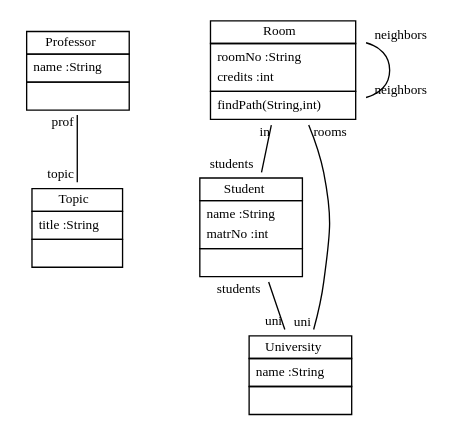
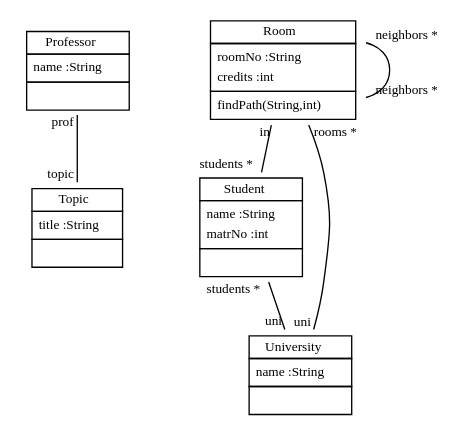
The diagram in doc/StudyRightReverseClassModel.dot (fujaba/SDMLib), drawn with Graphviz before and after one commit. The commit also changed other lines of this file and 48 other files, not shown here.

```diff
--- a/doc/StudyRightReverseClassModel.dot
+++ b/doc/StudyRightReverseClassModel.dot
@@ -1,20 +1,20 @@
 
  digraph ClassDiagram {
     node [shape = none, fontsize = 10]; 
     edge [fontsize = 10];
     
     
     _Professor [label=<<table border='0' cellborder='1' cellspacing='0'> <tr> <td HREF="../examples/org/sdmlib/examples/studyright/Professor.java">Professor</td> </tr> <tr><td><table border='0' cellborder='0' cellspacing='0'> <tr><td align='left'>name :String</td></tr>  </table></td></tr> <tr><td><table border='0' cellborder='0' cellspacing='0'> <tr><td> </td></tr> </table></td></tr> </table>>];
     _Topic [label=<<table border='0' cellborder='1' cellspacing='0'> <tr> <td HREF="../examples/org/sdmlib/examples/studyright/Topic.java">Topic</td> </tr> <tr><td><table border='0' cellborder='0' cellspacing='0'> <tr><td align='left'>title :String</td></tr>  </table></td></tr> <tr><td><table border='0' cellborder='0' cellspacing='0'> <tr><td> </td></tr> </table></td></tr> </table>>];
     _Room [label=<<table border='0' cellborder='1' cellspacing='0'> <tr> <td HREF="../examples/org/sdmlib/examples/studyright/Room.java">Room</td> </tr> <tr><td><table border='0' cellborder='0' cellspacing='0'> <tr><td align='left'>roomNo :String</td></tr> <tr><td align='left'>credits :int</td></tr>  </table></td></tr> <tr><td><table border='0' cellborder='0' cellspacing='0'> <tr><td align='left'>findPath(String,int)</td></tr>  </table></td></tr> </table>>];
     _Student [label=<<table border='0' cellborder='1' cellspacing='0'> <tr> <td HREF="../examples/org/sdmlib/examples/studyright/Student.java">Student</td> </tr> <tr><td><table border='0' cellborder='0' cellspacing='0'> <tr><td align='left'>name :String</td></tr> <tr><td align='left'>matrNo :int</td></tr>  </table></td></tr> <tr><td><table border='0' cellborder='0' cellspacing='0'> <tr><td> </td></tr> </table></td></tr> </table>>];
     _University [label=<<table border='0' cellborder='1' cellspacing='0'> <tr> <td HREF="../examples/org/sdmlib/examples/studyright/University.java">University</td> </tr> <tr><td><table border='0' cellborder='0' cellspacing='0'> <tr><td align='left'>name :String</td></tr>  </table></td></tr> <tr><td><table border='0' cellborder='0' cellspacing='0'> <tr><td> </td></tr> </table></td></tr> </table>>];
     
     
     
     _Professor -> _Topic [headlabel = "topic" taillabel = "prof" arrowhead = "none" ];
-    _Room -> _Room [headlabel = "neighbors" taillabel = "neighbors" arrowhead = "none" ];
-    _Room -> _Student [headlabel = "students" taillabel = "in" arrowhead = "none" ];
-    _Room -> _University [headlabel = "uni" taillabel = "rooms" arrowhead = "none" ];
-    _Student -> _University [headlabel = "uni" taillabel = "students" arrowhead = "none" ];
+    _Room -> _Room [headlabel = "neighbors *" taillabel = "neighbors *" arrowhead = "none" ];
+    _Room -> _Student [headlabel = "students *" taillabel = "in" arrowhead = "none" ];
+    _Room -> _University [headlabel = "uni" taillabel = "rooms *" arrowhead = "none" ];
+    _Student -> _University [headlabel = "uni" taillabel = "students *" arrowhead = "none" ];
 }
```
